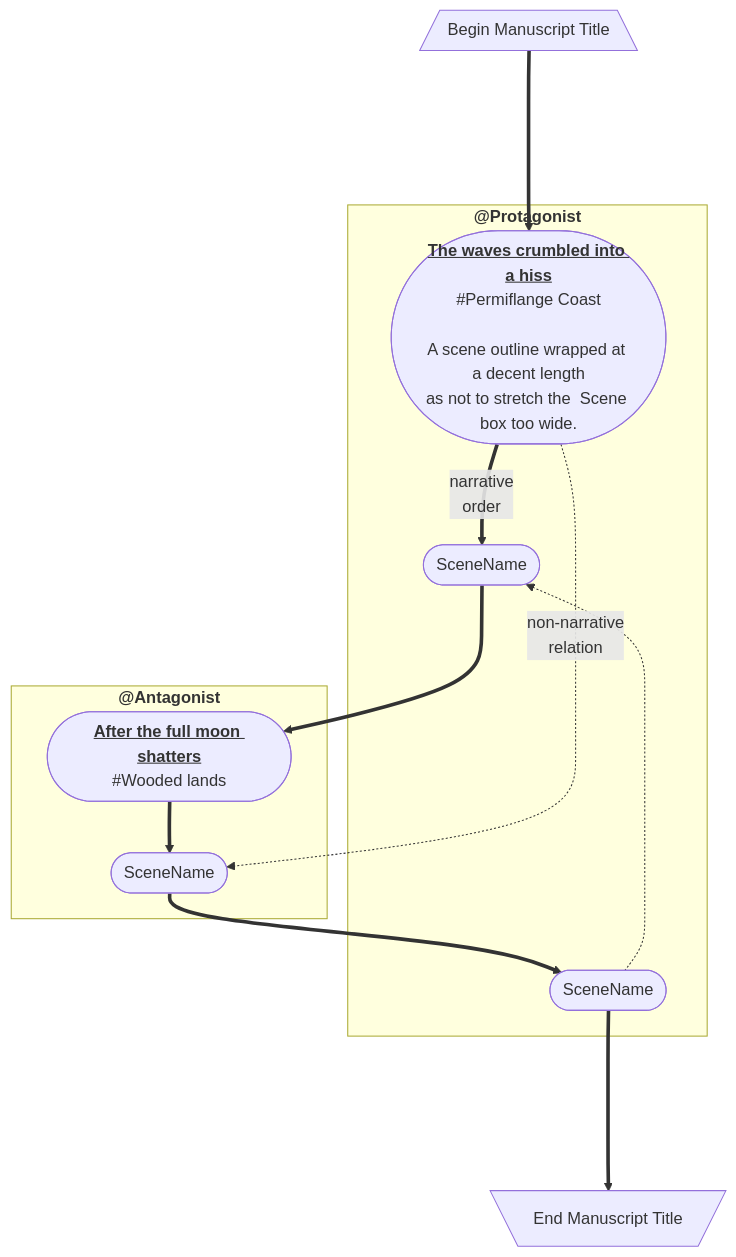
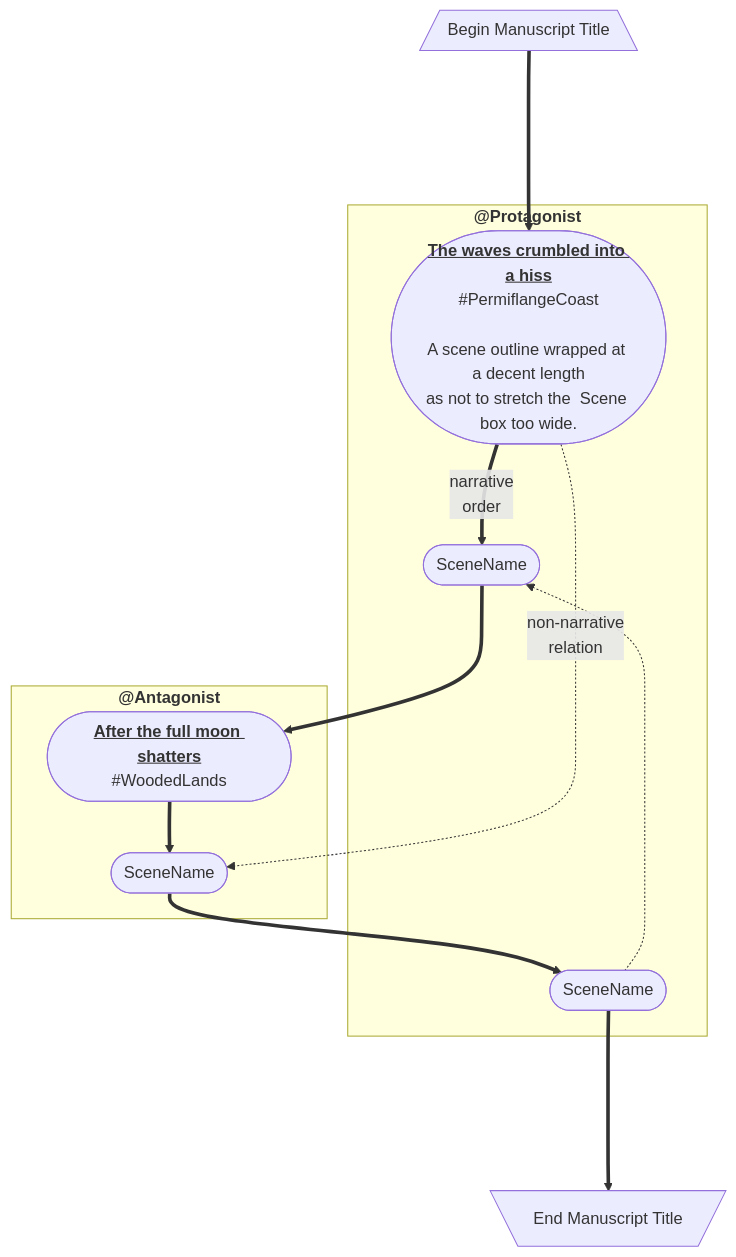
Before and after one commit to MLAOPDX/monkeytale: the diagram in README.md, drawn with Mermaid.

Commit message:
docs(README): Clean up visualizations

````diff
--- a/README.md
+++ b/README.md
@@ -18,25 +18,25 @@
 ```mermaid
 flowchart TB
     BEGIN[/"Begin Manuscript Title"\]
     END[\"End Manuscript Title"/]
 
     subgraph PoV1 ["<b>@Protagonist"</b>]
-        SN2(["<b><u>The waves crumbled into a hiss</u></b>\n#Permiflange Coast\n\nA scene outline wrapped at a decent length\nas not to stretch the  Scene box too wide."])
+        SN2(["<b><u>The waves crumbled into a hiss</u></b>\n#PermiflangeCoast\n\nA scene outline wrapped at a decent length\nas not to stretch the  Scene box too wide."])
         SN3([SceneName])
         SN8([SceneName])
     end
 
     subgraph PoV2 ["<b>@Antagonist</b>"]
-        SN4([<b><u>After the full moon shatters</u></b>\n#Wooded lands])
+        SN4([<b><u>After the full moon shatters</u></b>\n#WoodedLands])
         SN6([SceneName])
     end
 
     BEGIN ====> SN2
     
     SN2 ==narrative\norder==> SN3 ==> SN4 ==> SN6 ==> SN8
 
     SN8 ====> END
     
     SN2 -.non-narrative\nrelation.-> SN6
     SN8 -.-> SN3
 ```
````
